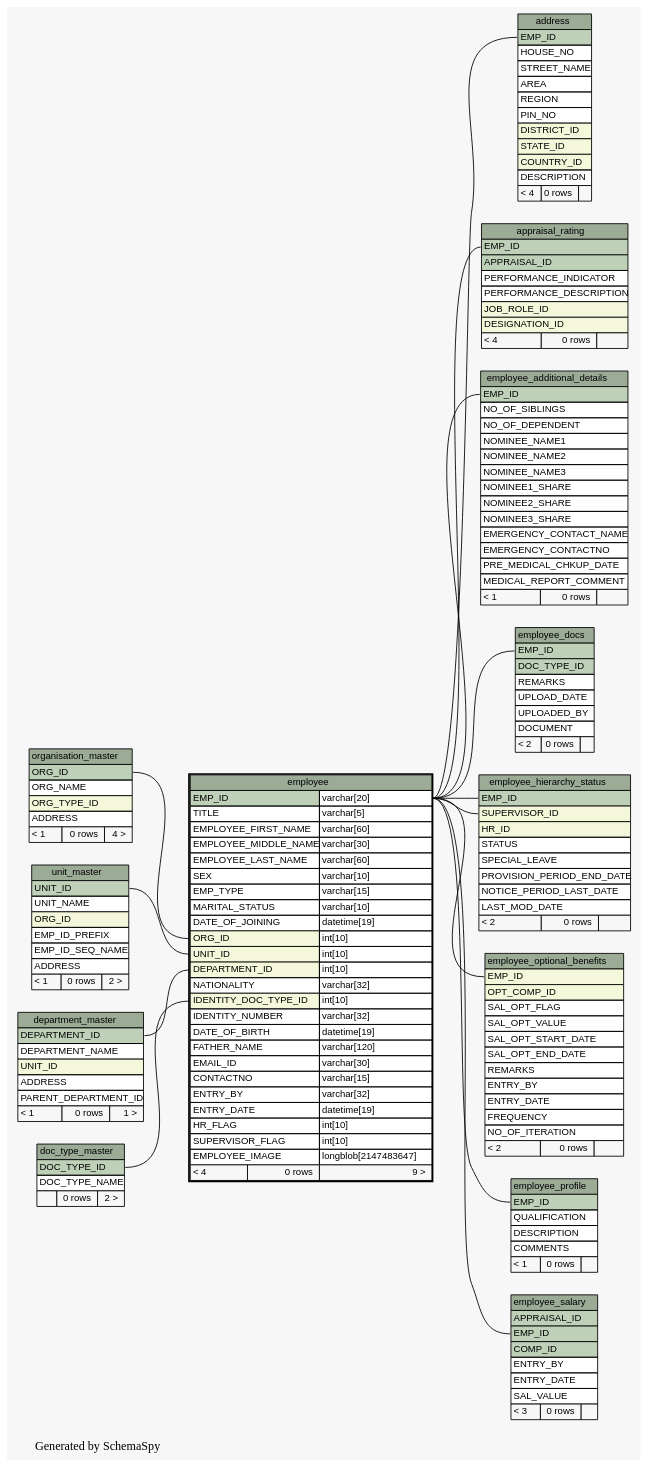
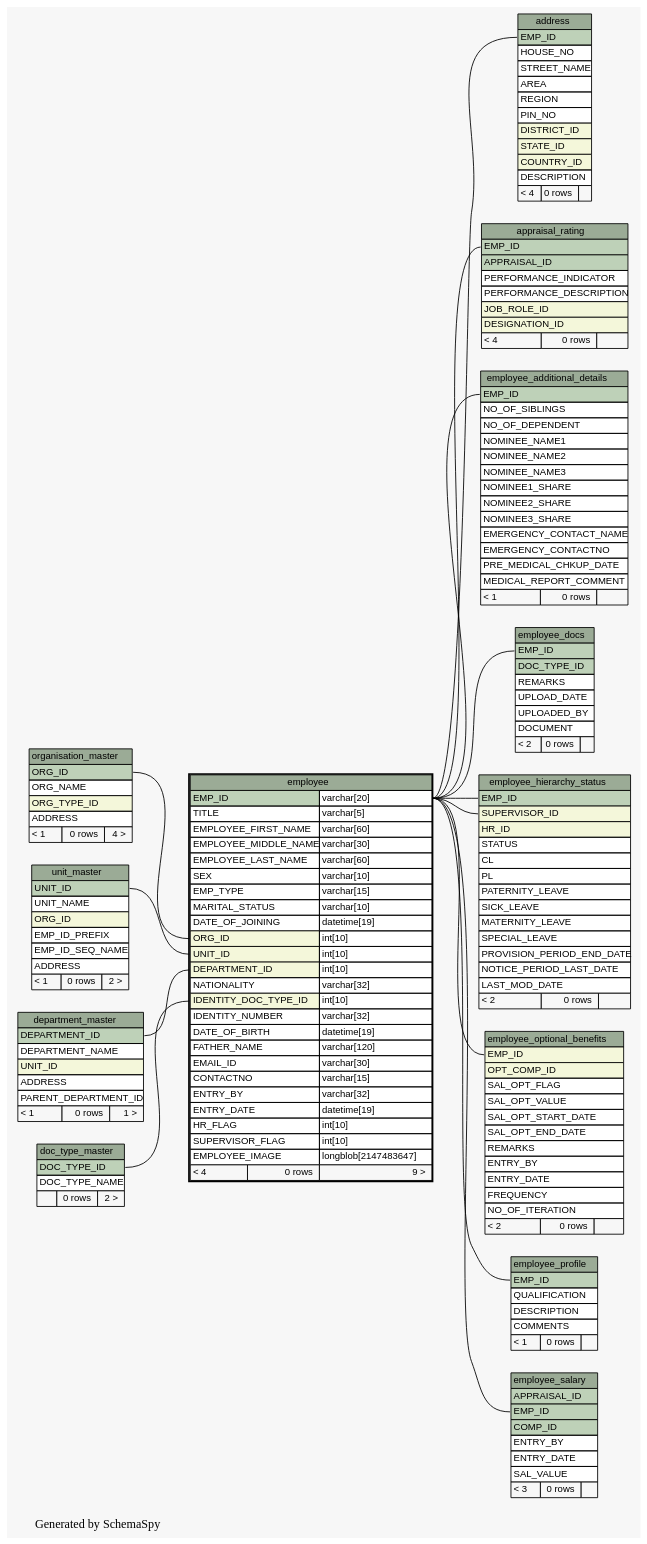
The diagram in docs/database/schemaspy/graphs/employee.1degree.dot (engineerscraft/hrms), drawn with Graphviz before and after one commit. The commit also changed 104 other files, not shown here.

```diff
--- a/docs/database/schemaspy/graphs/employee.1degree.dot
+++ b/docs/database/schemaspy/graphs/employee.1degree.dot
@@ -164,6 +164,11 @@
       <TR><TD PORT="SUPERVISOR_ID" COLSPAN="3" BGCOLOR="#f4f7da" ALIGN="LEFT">SUPERVISOR_ID</TD></TR>
       <TR><TD PORT="HR_ID" COLSPAN="3" BGCOLOR="#f4f7da" ALIGN="LEFT">HR_ID</TD></TR>
       <TR><TD PORT="STATUS" COLSPAN="3" ALIGN="LEFT">STATUS</TD></TR>
+      <TR><TD PORT="CL" COLSPAN="3" ALIGN="LEFT">CL</TD></TR>
+      <TR><TD PORT="PL" COLSPAN="3" ALIGN="LEFT">PL</TD></TR>
+      <TR><TD PORT="PATERNITY_LEAVE" COLSPAN="3" ALIGN="LEFT">PATERNITY_LEAVE</TD></TR>
+      <TR><TD PORT="SICK_LEAVE" COLSPAN="3" ALIGN="LEFT">SICK_LEAVE</TD></TR>
+      <TR><TD PORT="MATERNITY_LEAVE" COLSPAN="3" ALIGN="LEFT">MATERNITY_LEAVE</TD></TR>
       <TR><TD PORT="SPECIAL_LEAVE" COLSPAN="3" ALIGN="LEFT">SPECIAL_LEAVE</TD></TR>
       <TR><TD PORT="PROVISION_PERIOD_END_DATE" COLSPAN="3" ALIGN="LEFT">PROVISION_PERIOD_END_DATE</TD></TR>
       <TR><TD PORT="NOTICE_PERIOD_LAST_DATE" COLSPAN="3" ALIGN="LEFT">NOTICE_PERIOD_LAST_DATE</TD></TR>
```
